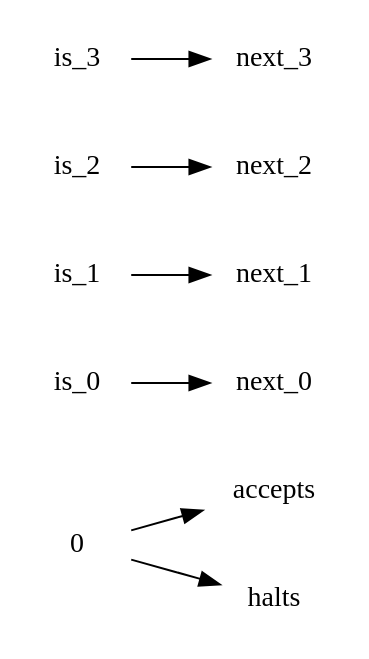
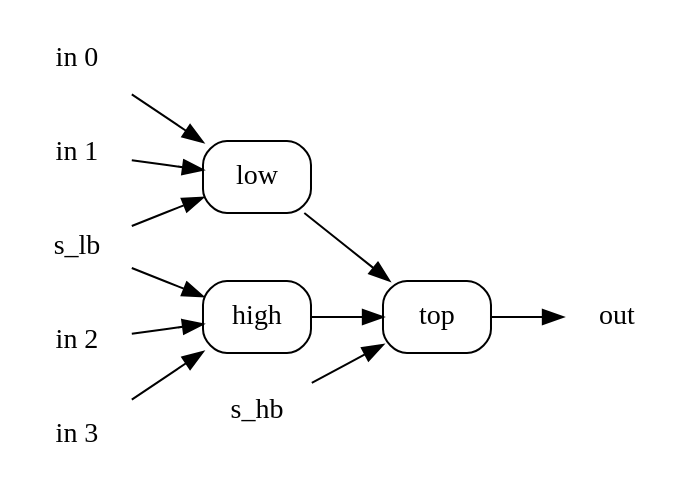
The first of 8 diagrams in book/book.md (showell/cook-levin-riff), drawn with Graphviz before and after one commit. The commit also changed other lines of this file and 2 other files, not shown here.

First line of the commit message:
book: the circuit ladder on AX's two bits, schematics once, boxes after

````diff
--- a/book/book.md
+++ b/book/book.md
@@ -624,25 +671,27 @@
 ```dot
 digraph {
   rankdir=LR;
+  nodesep=0.15;
   node [shape=box, style=rounded];
-  { rank=source; w0; w2; w3; w4; w5; }
-  w0 [shape=plaintext, label="0"];
-  w2 [shape=plaintext, label="is_0"];
-  w3 [shape=plaintext, label="is_1"];
-  w4 [shape=plaintext, label="is_2"];
-  w5 [shape=plaintext, label="is_3"];
-  { rank=sink; p0; p1; p2; p3; p4; p5; }
-  p0 [shape=plaintext, label="next_0"];
-  p1 [shape=plaintext, label="next_1"];
-  p2 [shape=plaintext, label="next_2"];
-  p3 [shape=plaintext, label="next_3"];
-  p4 [shape=plaintext, label="accepts"];
-  p5 [shape=plaintext, label="halts"];
-  w2 -> p0;
-  w3 -> p1;
-  w4 -> p2;
-  w5 -> p3;
-  w0 -> p4;
-  w0 -> p5;
+  i0 [shape=plaintext, label="s_lb"];
+  i1 [shape=plaintext, label="in 0"];
+  i2 [shape=plaintext, label="in 1"];
+  i3 [shape=plaintext, label="in 2"];
+  i4 [shape=plaintext, label="in 3"];
+  i5 [shape=plaintext, label="s_hb"];
+  b0 [label="low"];
+  b1 [label="high"];
+  b2 [label="top"];
+  o0 [shape=plaintext, label="out"];
+  i0 -> b0;
+  i1 -> b0;
+  i2 -> b0;
+  i0 -> b1;
+  i3 -> b1;
+  i4 -> b1;
+  i5 -> b2;
+  b0 -> b2;
+  b1 -> b2;
+  b2 -> o0;
 }
 ```
````
